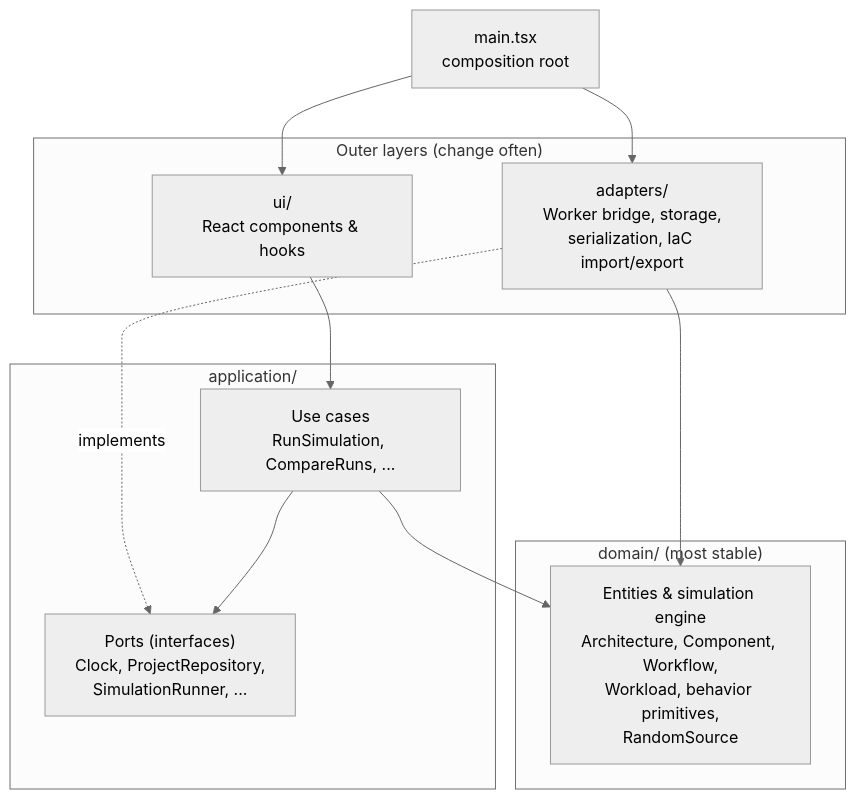
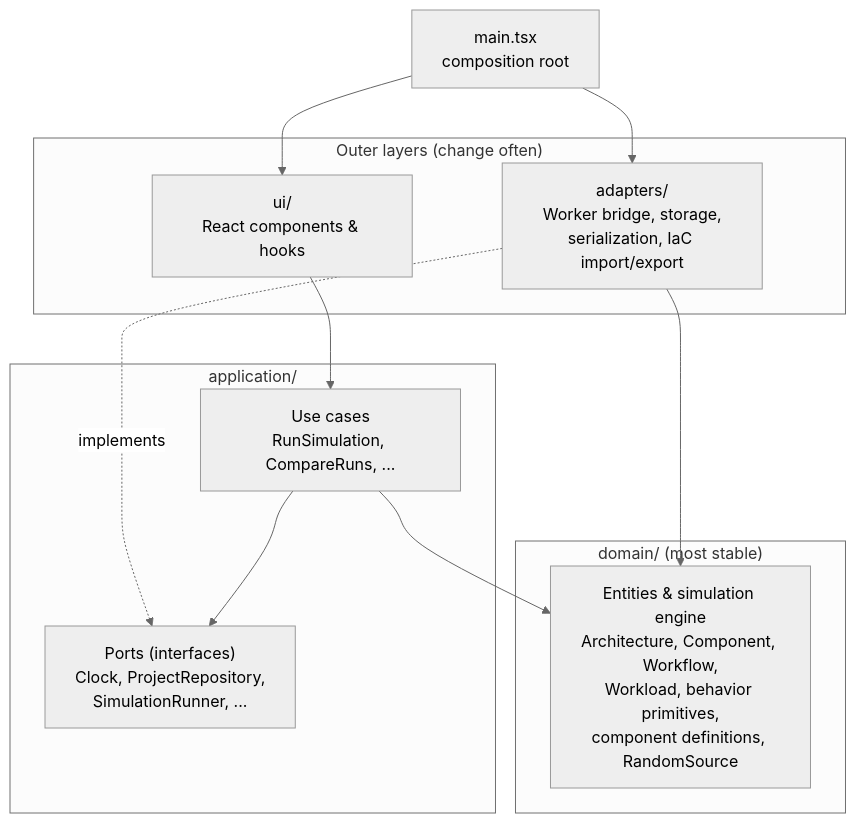
The second of 3 diagrams in docs/architecture/README.md (alanbickel/wind-tunnel), drawn with Mermaid (neutral theme) before and after one commit. The commit also changed other lines of this file and 19 other files, not shown here.

````diff
--- a/docs/architecture/README.md
+++ b/docs/architecture/README.md
@@ -40,22 +40,22 @@
 ```mermaid
 flowchart TB
     subgraph outer["Outer layers (change often)"]
         UI["ui/<br/>React components & hooks"]
         AD["adapters/<br/>Worker bridge, storage,<br/>serialization, IaC import/export"]
     end
     subgraph app["application/"]
         UC["Use cases<br/>RunSimulation, CompareRuns, ..."]
         P["Ports (interfaces)<br/>Clock, ProjectRepository,<br/>SimulationRunner, ..."]
     end
     subgraph dom["domain/ (most stable)"]
-        D["Entities & simulation engine<br/>Architecture, Component, Workflow,<br/>Workload, behavior primitives,<br/>RandomSource"]
+        D["Entities & simulation engine<br/>Architecture, Component, Workflow,<br/>Workload, behavior primitives,<br/>component definitions, RandomSource"]
     end
 
     UI --> UC
     AD -.->|implements| P
     UC --> P
     UC --> D
     AD --> D
     MAIN["main.tsx<br/>composition root"] --> UI
     MAIN --> AD
 ```
````
